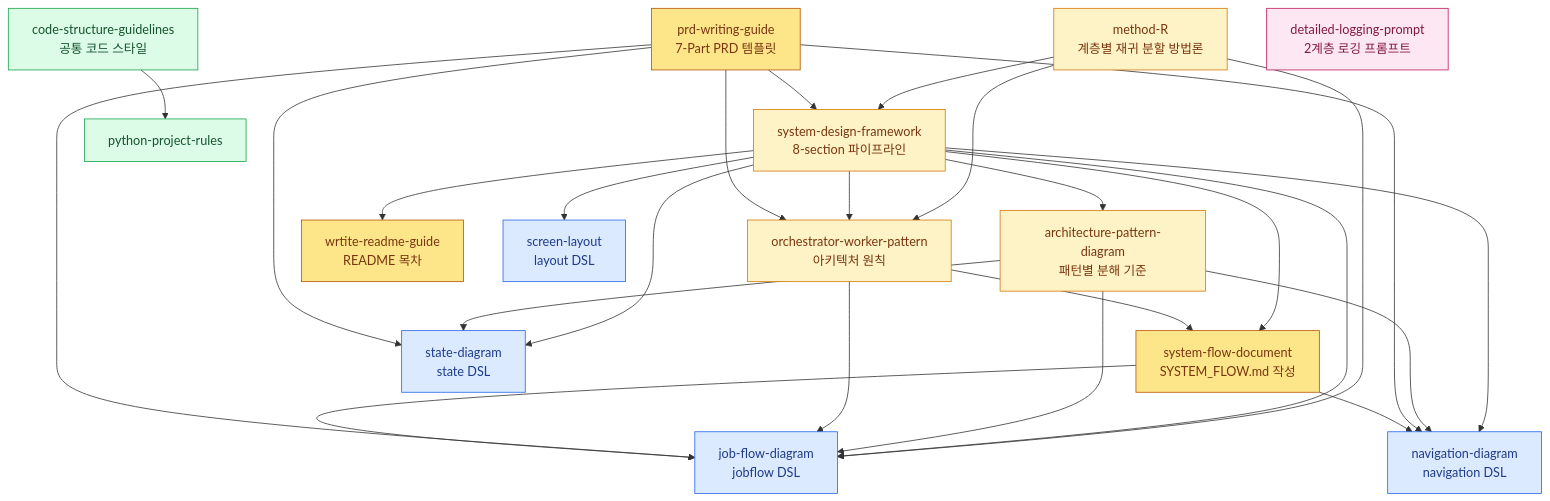
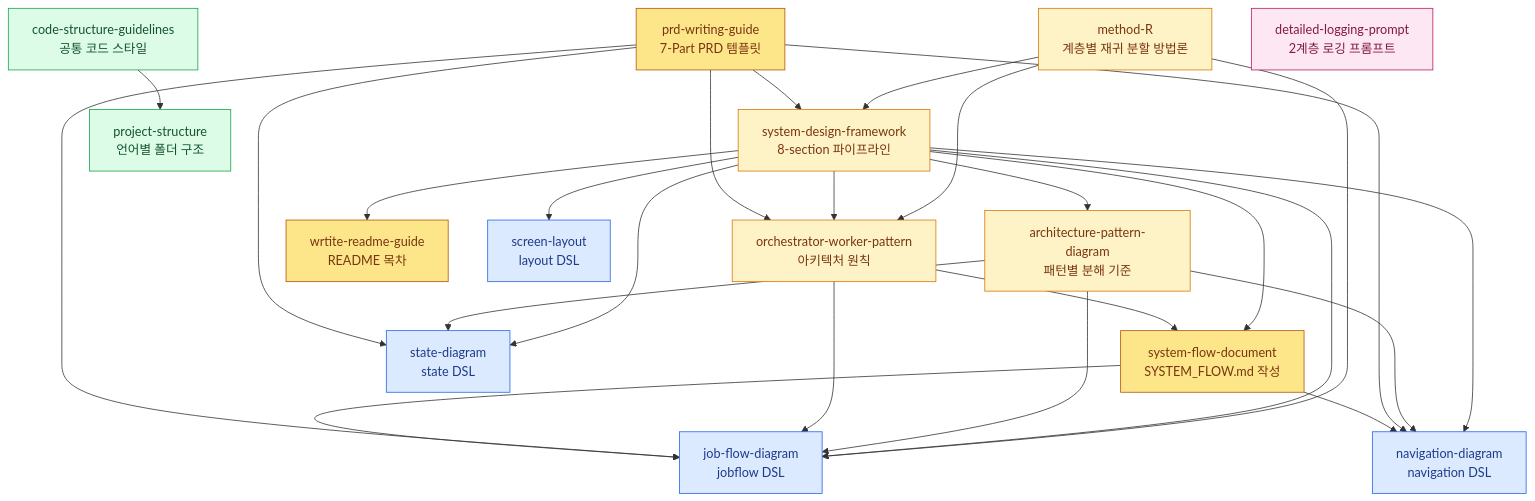
One commit to ryujt/project-guides changed the diagram in README.md. Above: the diagram before and after it, drawn with Mermaid. The commit also changed other lines of this file and 7 other files, not shown here.

First line of the commit message:
Add project structure guide, tools.camp markdown syntax guide, and multi-agent collaboration prompt

````diff
--- a/README.md
+++ b/README.md
@@ -77,50 +81,50 @@
 ```mermaid
 flowchart TB
     MR["method-R<br/>계층별 재귀 분할 방법론"]:::core
     SDF["system-design-framework<br/>8-section 파이프라인"]:::core
     APD["architecture-pattern-diagram<br/>패턴별 분해 기준"]:::core
     OWP["orchestrator-worker-pattern<br/>아키텍처 원칙"]:::core
     PRD["prd-writing-guide<br/>7-Part PRD 템플릿"]:::spec
     README["wrtite-readme-guide<br/>README 목차"]:::spec
     SFD["system-flow-document<br/>SYSTEM_FLOW.md 작성"]:::spec
 
     JFD["job-flow-diagram<br/>jobflow DSL"]:::dsl
     NAV["navigation-diagram<br/>navigation DSL"]:::dsl
     STT["state-diagram<br/>state DSL"]:::dsl
     LAY["screen-layout<br/>layout DSL"]:::dsl
 
     CSG["code-structure-guidelines<br/>공통 코드 스타일"]:::impl
-    PPR["python-project-rules"]:::impl
+    PPR["project-structure<br/>언어별 폴더 구조"]:::impl
 
     LOG["detailed-logging-prompt<br/>2계층 로깅 프롬프트"]:::ops
 
     MR --> SDF
     MR --> OWP
     MR --> JFD
     SDF --> JFD & NAV & STT & LAY
     SDF --> APD
     APD --> JFD
     APD --> NAV
     APD --> STT
     SDF --> OWP
     SDF --> README
     SDF --> SFD
     OWP --> JFD
     OWP --> SFD
 
     PRD --> SDF
     PRD --> OWP
     PRD --> JFD
     PRD --> NAV
     PRD --> STT
     SFD --> JFD
     SFD --> NAV
 
     CSG --> PPR
 
     classDef core fill:#fef3c7,stroke:#d97706,color:#78350f
     classDef spec fill:#fde68a,stroke:#b45309,color:#78350f
     classDef dsl fill:#dbeafe,stroke:#2563eb,color:#1e3a8a
     classDef impl fill:#dcfce7,stroke:#16a34a,color:#14532d
     classDef ops fill:#fce7f3,stroke:#be185d,color:#831843
 ```
````
